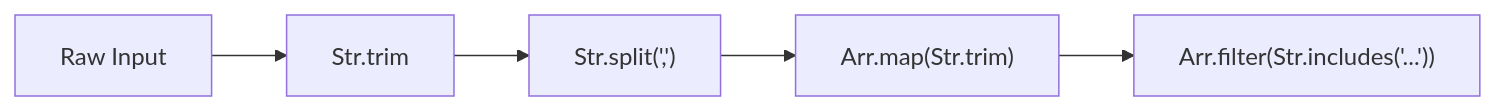
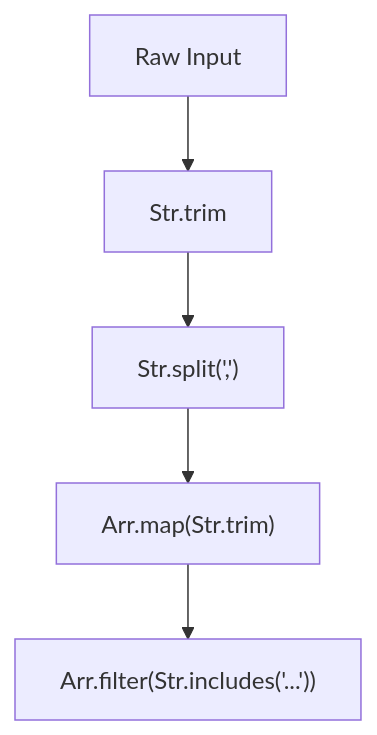
Before and after one commit to nlozgachev/pipelined: the diagram in docs/src/content/docs/guides/str.md, drawn with Mermaid. The commit also changed 2 other files, not shown here.

Commit message:
docs: td for flowcharts, better readability

````diff
--- a/docs/src/content/docs/guides/str.md
+++ b/docs/src/content/docs/guides/str.md
@@ -57,7 +57,7 @@
 ```mermaid
-flowchart LR
+flowchart TD
     A["Raw Input"] --> B["Str.trim"]
     B --> C["Str.split(',')"]
     C --> D["Arr.map(Str.trim)"]
     D --> E["Arr.filter(Str.includes('...'))"]
 ```
````
